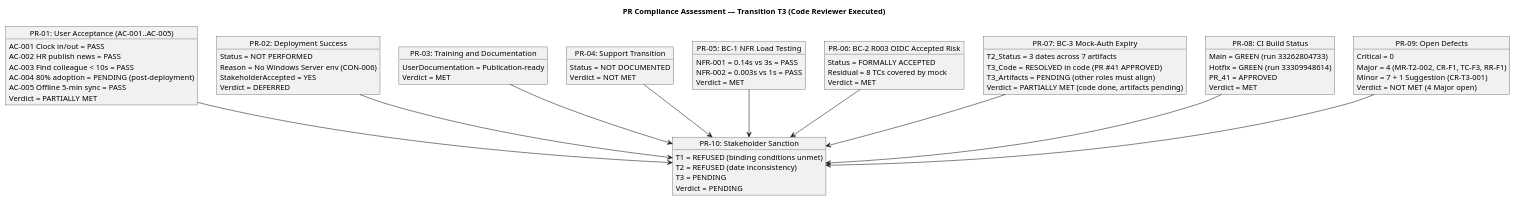
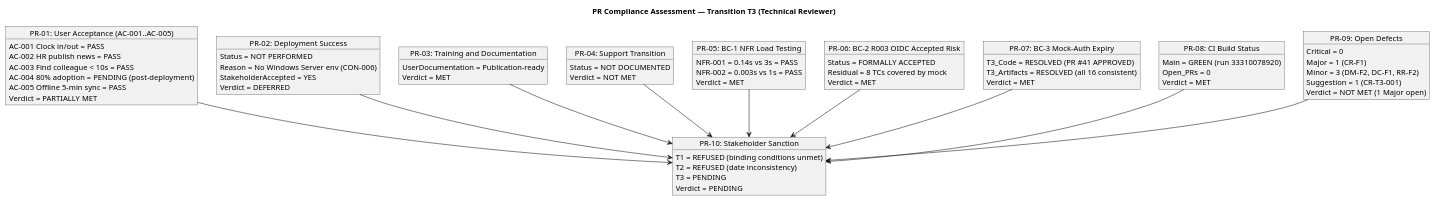
One commit to banense-test/portal-cuba-corp changed the fourth of 6 diagrams in docs/artifacts/project-management/review-record.md. Above: the diagram before and after it, drawn with PlantUML. The commit also changed other lines of this file, not shown here.

First line of the commit message:
Reviewer [T3]: upsert Review Record

````diff
--- a/docs/artifacts/project-management/review-record.md
+++ b/docs/artifacts/project-management/review-record.md
@@ -311,6 +479,6 @@
 ```plantuml
 @startuml
-title PR Compliance Assessment — Transition T3 (Code Reviewer Executed)
+title PR Compliance Assessment — Transition T3 (Technical Reviewer)
 
 skinparam classAttributeIconSize 0
 skinparam classBackgroundColor #F0F4FF
@@ -356,24 +524,23 @@
 }
 
 object "PR-07: BC-3 Mock-Auth Expiry" as PR07 {
-  T2_Status = 3 dates across 7 artifacts
-  T3_Code = RESOLVED in code (PR #41 APPROVED)
-  T3_Artifacts = PENDING (other roles must align)
-  Verdict = PARTIALLY MET (code done, artifacts pending)
+  T3_Code = RESOLVED (PR #41 APPROVED)
+  T3_Artifacts = RESOLVED (all 16 consistent)
+  Verdict = MET
 }
 
 object "PR-08: CI Build Status" as PR08 {
-  Main = GREEN (run 33262804733)
-  Hotfix = GREEN (run 33309948614)
-  PR_41 = APPROVED
+  Main = GREEN (run 33310078920)
+  Open_PRs = 0
   Verdict = MET
 }
 
 object "PR-09: Open Defects" as PR09 {
   Critical = 0
-  Major = 4 (MR-T2-002, CR-F1, TC-F3, RR-F1)
-  Minor = 7 + 1 Suggestion (CR-T3-001)
-  Verdict = NOT MET (4 Major open)
+  Major = 1 (CR-F1)
+  Minor = 3 (DM-F2, DC-F1, RR-F2)
+  Suggestion = 1 (CR-T3-001)
+  Verdict = NOT MET (1 Major open)
 }
 
 object "PR-10: Stakeholder Sanction" as PR10 {
````
